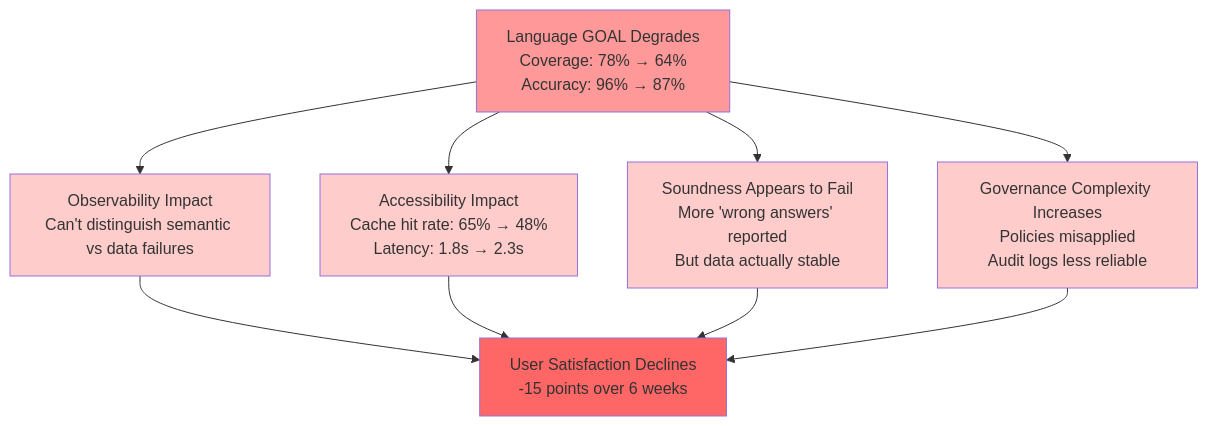
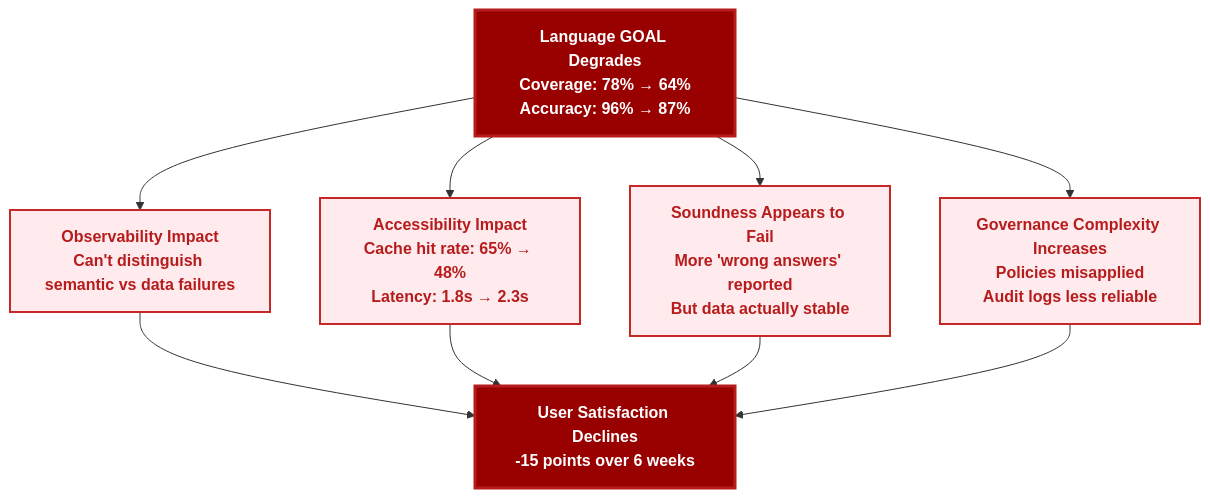
Before and after one commit to colaberry/enterprise-data-readiness-ai-agents: the eighth of 11 diagrams in chapter-02/chapter_2_complete.md, drawn with Mermaid. The commit also changed other lines of this file and 1 other file, not shown here.

````diff
--- a/chapter-02/chapter_2_complete.md
+++ b/chapter-02/chapter_2_complete.md
@@ -1318,19 +1359,19 @@
 ```mermaid
 graph TD
-    A[Language GOAL Degrades<br/>Coverage: 78% → 64%<br/>Accuracy: 96% → 87%] --> B[Observability Impact<br/>Can't distinguish semantic vs data failures]
-    A --> C[Accessibility Impact<br/>Cache hit rate: 65% → 48%<br/>Latency: 1.8s → 2.3s]
-    A --> D[Soundness Appears to Fail<br/>More 'wrong answers' reported<br/>But data actually stable]
-    A --> E[Governance Complexity Increases<br/>Policies misapplied<br/>Audit logs less reliable]
+    A["<b>Language GOAL Degrades</b><br/><b>Coverage: 78% → 64%</b><br/><b>Accuracy: 96% → 87%</b>"] --> B["<b>Observability Impact</b><br/><b>Can't distinguish semantic vs data failures</b>"]
+    A --> C["<b>Accessibility Impact</b><br/><b>Cache hit rate: 65% → 48%</b><br/><b>Latency: 1.8s → 2.3s</b>"]
+    A --> D["<b>Soundness Appears to Fail</b><br/><b>More 'wrong answers' reported</b><br/><b>But data actually stable</b>"]
+    A --> E["<b>Governance Complexity Increases</b><br/><b>Policies misapplied</b><br/><b>Audit logs less reliable</b>"]
     
-    B --> F[User Satisfaction Declines<br/>-15 points over 6 weeks]
+    B --> F["<b>User Satisfaction Declines</b><br/><b>-15 points over 6 weeks</b>"]
     C --> F
     D --> F
     E --> F
     
-    style A fill:#ff9999
-    style B fill:#ffcccc
-    style C fill:#ffcccc
-    style D fill:#ffcccc
-    style E fill:#ffcccc
-    style F fill:#ff6666
+    style A fill:#990000,color:#ffffff,stroke:#b71c1c,stroke-width:3px
+    style B fill:#ffebee,stroke:#c62828,stroke-width:2px,color:#b71c1c
+    style C fill:#ffebee,stroke:#c62828,stroke-width:2px,color:#b71c1c
+    style D fill:#ffebee,stroke:#c62828,stroke-width:2px,color:#b71c1c
+    style E fill:#ffebee,stroke:#c62828,stroke-width:2px,color:#b71c1c
+    style F fill:#990000,color:#ffffff,stroke:#b71c1c,stroke-width:3px
 ```
````
